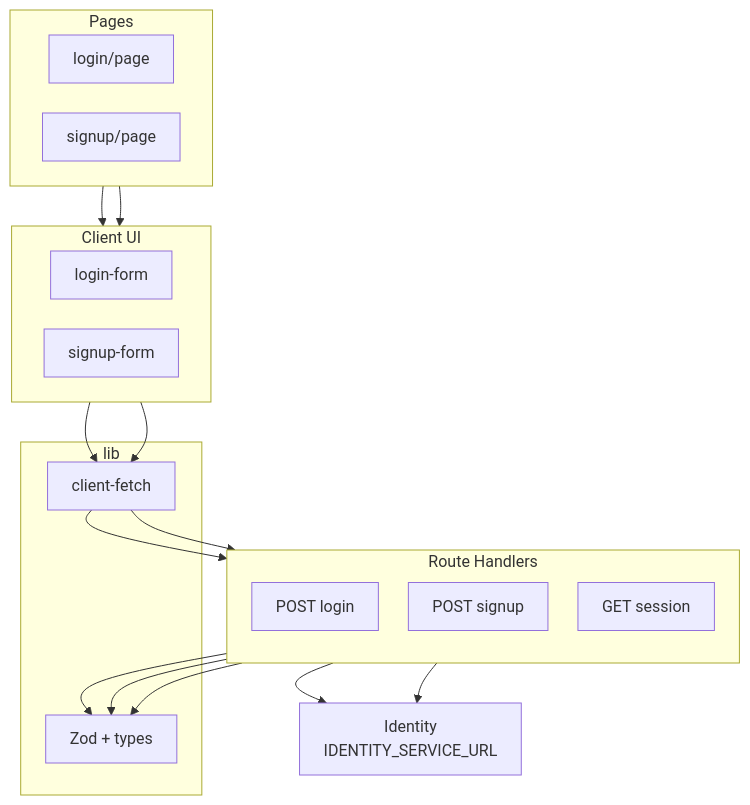
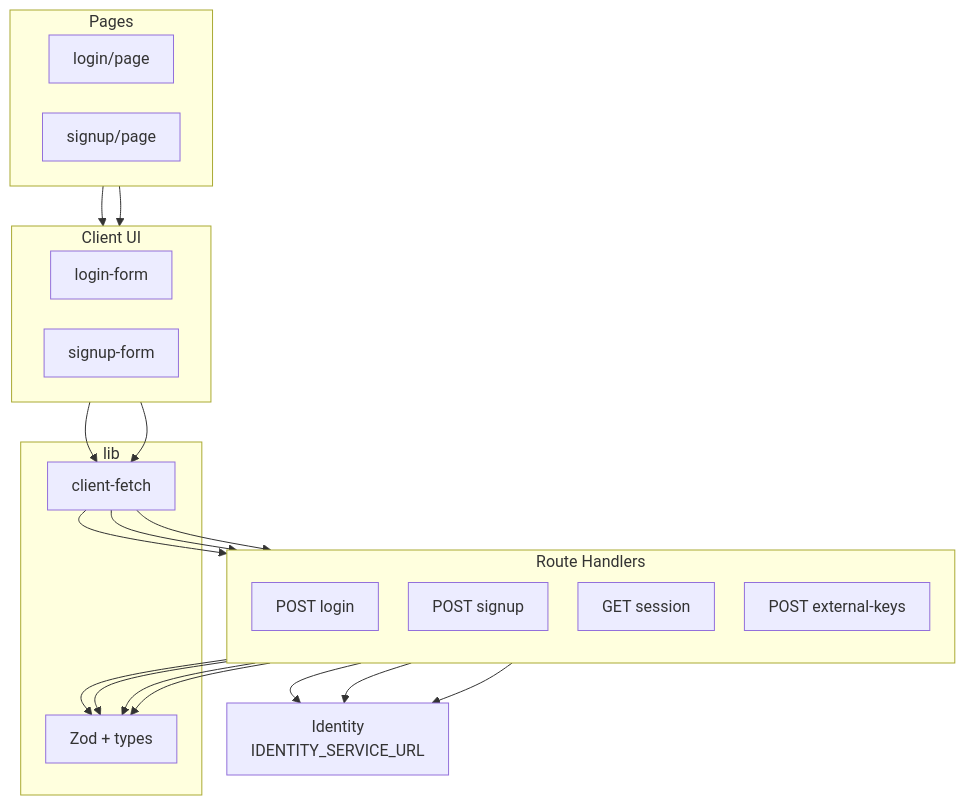
The tenth of 11 diagrams in docs/c4-architecture-diagrams.md (Zero-Bug-Freinds/ai-api-usage-monitor), drawn with Mermaid before and after one commit. The commit also changed other lines of this file and 1 other file, not shown here.

First line of the commit message:
[docs] 개인 External API Key 등록 관련 아키텍처 문서 수정

````diff
--- a/docs/c4-architecture-diagrams.md
+++ b/docs/c4-architecture-diagrams.md
@@ -415,37 +420,41 @@
 ```mermaid
 %%{init: {'flowchart': {'nodeSpacing': 30, 'rankSpacing': 40, 'padding': 12}}}%%
 flowchart TB
   subgraph FE["Client UI"]
     direction LR
     LF["login-form"]
     SF["signup-form"]
   end
   subgraph PG["Pages"]
     direction LR
     LP["login/page"]
     SP["signup/page"]
   end
   subgraph RH["Route Handlers"]
     direction TB
     RL["POST login"]
     RS["POST signup"]
     RQ["GET session"]
+    RE["POST external-keys"]
   end
   subgraph LB["lib"]
     CF["client-fetch"]
     ZL["Zod + types"]
   end
   IDN["Identity<br/>IDENTITY_SERVICE_URL"]
 
   LP --> LF
   SP --> SF
   LF --> CF
   SF --> CF
   CF --> RL
   CF --> RS
+  CF --> RE
   RL --> ZL
   RS --> ZL
   RQ --> ZL
+  RE --> ZL
   RL --> IDN
   RS --> IDN
+  RE --> IDN
 ```
````
